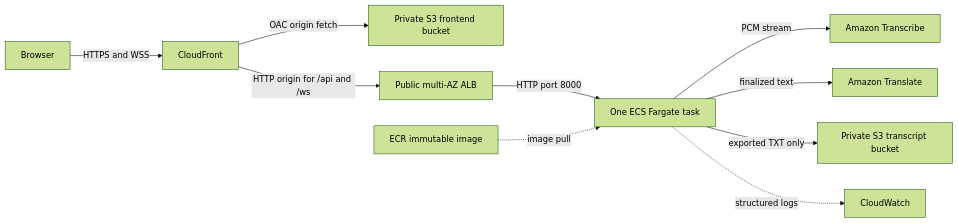
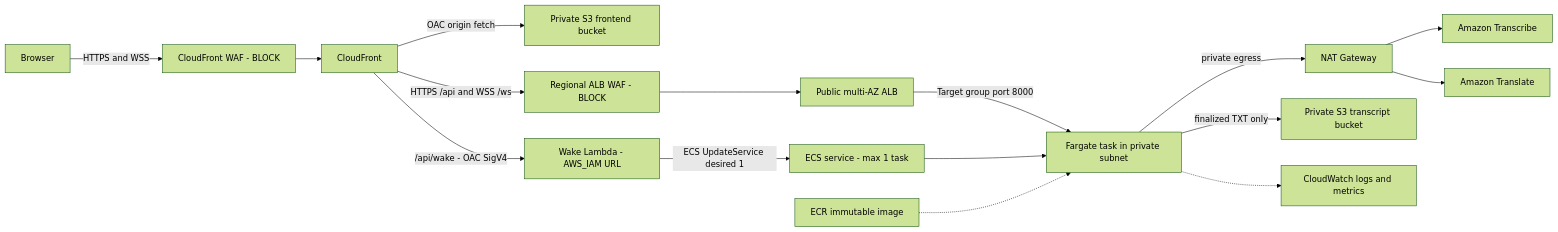
The diagram in README.md (9ducanh9/livecap), drawn with Mermaid (forest theme) before and after one commit. The commit also changed other lines of this file and 3 other files, not shown here.

````diff
--- a/README.md
+++ b/README.md
@@ -62,12 +69,18 @@
 ```mermaid
 flowchart LR
-    User["Browser"] -->|HTTPS and WSS| CF["CloudFront"]
+    User["Browser"] -->|HTTPS and WSS| CFWAF["CloudFront WAF - BLOCK"]
+    CFWAF --> CF["CloudFront"]
     CF -->|OAC origin fetch| Frontend["Private S3 frontend bucket"]
-    CF -->|HTTP origin for /api and /ws| ALB["Public multi-AZ ALB"]
-    ALB -->|HTTP port 8000| Task["One ECS Fargate task"]
-    ECR["ECR immutable image"] -.->|image pull| Task
-    Task -->|PCM stream| Transcribe["Amazon Transcribe"]
-    Task -->|finalized text| Translate["Amazon Translate"]
-    Task -->|exported TXT only| Transcript["Private S3 transcript bucket"]
-    Task -.->|structured logs| CloudWatch["CloudWatch"]
+    CF -->|/api/wake - OAC SigV4| Wake["Wake Lambda - AWS_IAM URL"]
+    Wake -->|ECS UpdateService desired 1| ECS["ECS service - max 1 task"]
+    CF -->|HTTPS /api and WSS /ws| ALBWAF["Regional ALB WAF - BLOCK"]
+    ALBWAF --> ALB["Public multi-AZ ALB"]
+    ALB -->|Target group port 8000| Task["Fargate task in private subnet"]
+    ECS --> Task
+    ECR["ECR immutable image"] -.-> Task
+    Task -->|private egress| NAT["NAT Gateway"]
+    NAT --> Transcribe["Amazon Transcribe"]
+    NAT --> Translate["Amazon Translate"]
+    Task -->|finalized TXT only| Transcript["Private S3 transcript bucket"]
+    Task -.-> CloudWatch["CloudWatch logs and metrics"]
 ```
````
